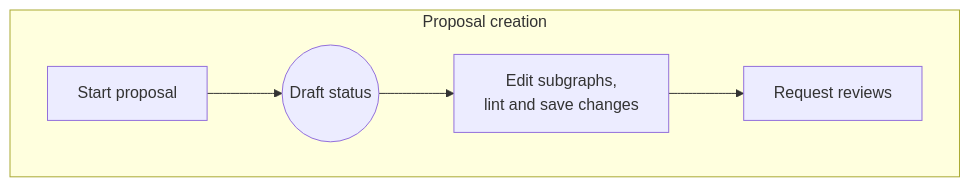
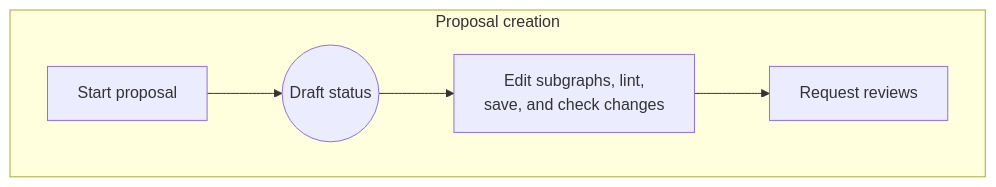
One commit to apollographql/docs changed the first of 5 diagrams in src/content/graphos/delivery/schema-proposals.mdx. Above: the diagram before and after it, drawn with Mermaid. The commit also changed other lines of this file and 4 other files, not shown here.

````diff
--- a/src/content/graphos/delivery/schema-proposals.mdx
+++ b/src/content/graphos/delivery/schema-proposals.mdx
@@ -61,13 +130,13 @@
 ```mermaid
 graph LR
     subgraph Draft ["Proposal creation"]
     direction LR
     Creation["Start proposal"]
     DraftStatus(("Draft status"))
-    Edit["Edit subgraphs,  <br/> lint and save changes"]
+    Edit["Edit subgraphs, lint, <br/> save, and check changes"]
     Request["Request reviews"]
     Creation -->  DraftStatus --> Edit --> Request
     end
     class DraftStatus secondary;
     class DraftStatus CircleSize50;
 ```
````
